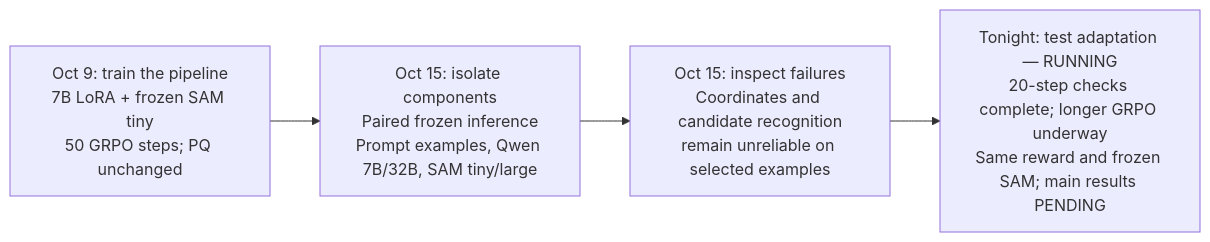
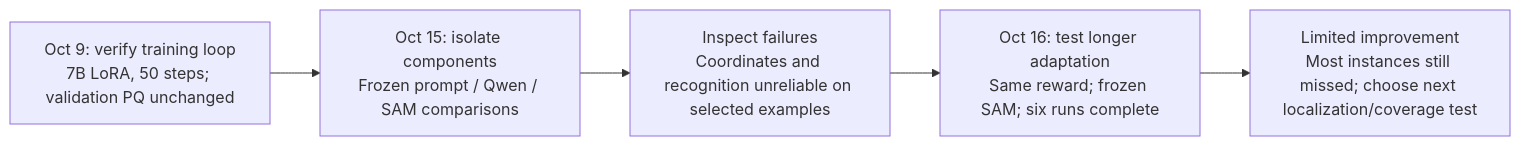
Before and after one commit to chowdhuryal1234/S-Seg-RLVR-: the diagram in reports/2026-10-16-overnight/roadmap.md, drawn with Mermaid. The commit also changed other lines of this file and 4 other files, not shown here.

Commit message:
Report completed overnight GRPO results and research rationale

````diff
--- a/reports/2026-10-16-overnight/roadmap.md
+++ b/reports/2026-10-16-overnight/roadmap.md
@@ -5,6 +11,7 @@
 ```mermaid
 flowchart LR
-    A["Oct 9: train the pipeline<br/>7B LoRA + frozen SAM tiny<br/>50 GRPO steps; PQ unchanged"] --> B["Oct 15: isolate components<br/>Paired frozen inference<br/>Prompt examples, Qwen 7B/32B, SAM tiny/large"]
-    B --> C["Oct 15: inspect failures<br/>Coordinates and candidate recognition<br/>remain unreliable on selected examples"]
-    C --> D["Tonight: test adaptation — RUNNING<br/>20-step checks complete; longer GRPO underway<br/>Same reward and frozen SAM; main results PENDING"]
+ A["Oct 9: verify training loop<br/>7B LoRA, 50 steps; validation PQ unchanged"] --> B["Oct 15: isolate components<br/>Frozen prompt / Qwen / SAM comparisons"]
+ B --> C["Inspect failures<br/>Coordinates and recognition unreliable on selected examples"]
+ C --> D["Oct 16: test longer adaptation<br/>Same reward; frozen SAM; six runs complete"]
+ D --> E["Limited improvement<br/>Most instances still missed; choose next localization/coverage test"]
 ```
````
